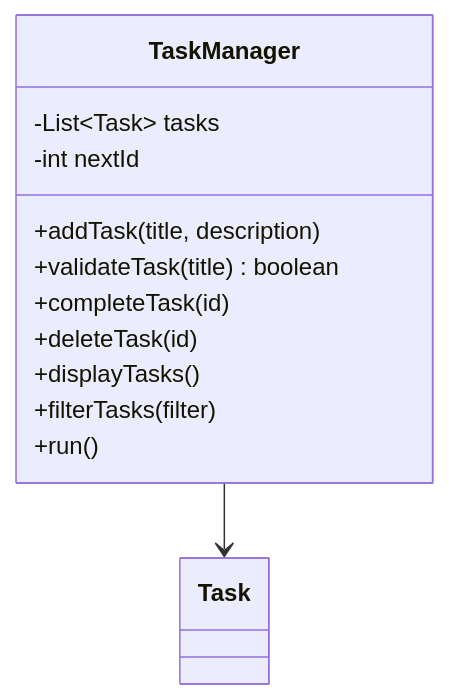
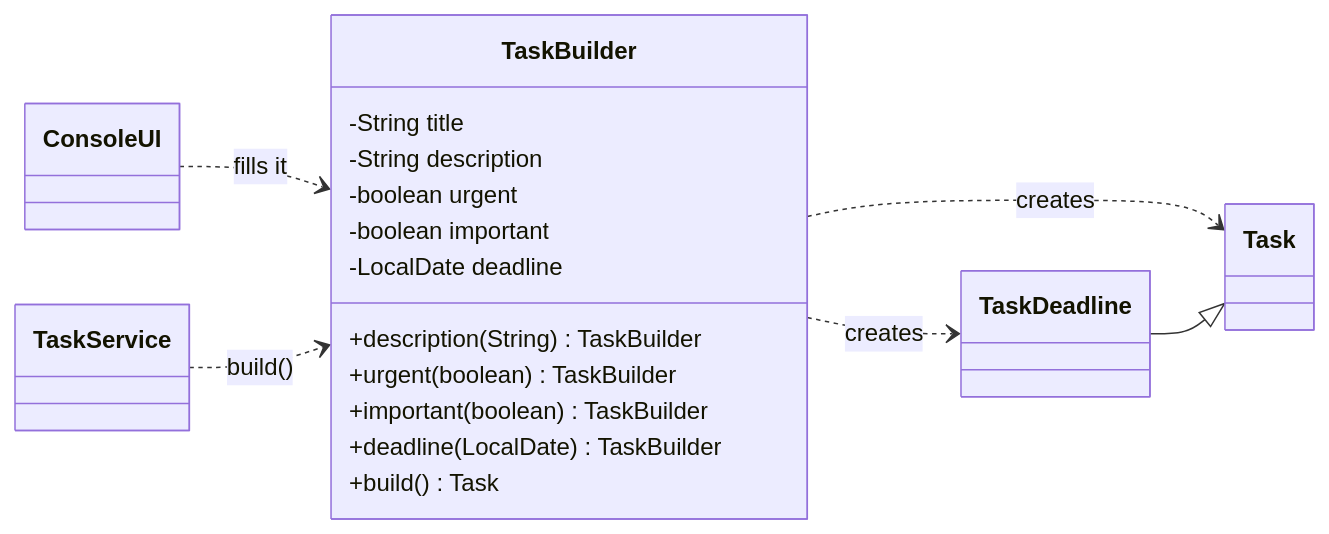
The second of 3 diagrams in lab1/README.md (gabr1elaa/tmps-lab-project), drawn with Mermaid before and after one commit. The commit also changed other lines of this file and 49 other files, not shown here.

````diff
--- a/lab1/README.md
+++ b/lab1/README.md
@@ -296,15 +290,21 @@
 ```mermaid
 classDiagram
-    class TaskManager {
-        -List~Task~ tasks
-        -int nextId
-        +addTask(title, description)
-        +validateTask(title) boolean
-        +completeTask(id)
-        +deleteTask(id)
-        +displayTasks()
-        +filterTasks(filter)
-        +run()
+    direction LR
+    class TaskBuilder {
+        -String title
+        -String description
+        -boolean urgent
+        -boolean important
+        -LocalDate deadline
+        +description(String) TaskBuilder
+        +urgent(boolean) TaskBuilder
+        +important(boolean) TaskBuilder
+        +deadline(LocalDate) TaskBuilder
+        +build() Task
     }
-    TaskManager --> Task
+    ConsoleUI ..> TaskBuilder : fills it
+    TaskService ..> TaskBuilder : build()
+    TaskBuilder ..> Task : creates
+    TaskBuilder ..> TaskDeadline : creates
+    TaskDeadline --|> Task
 ```
````
